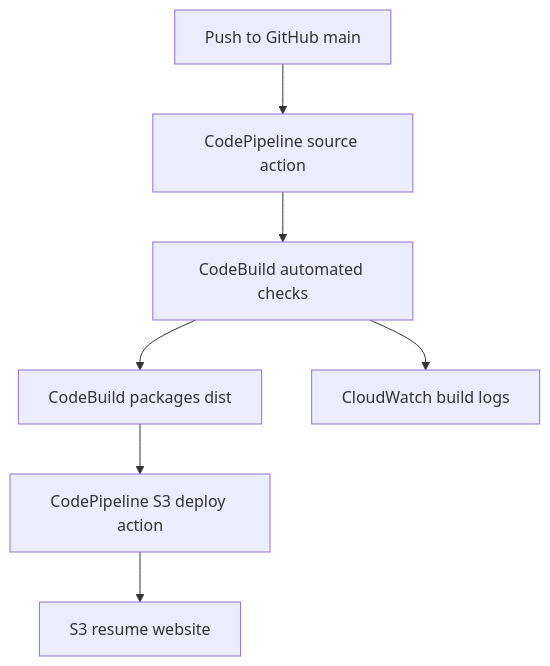
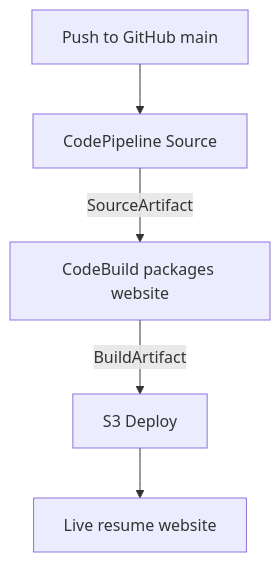
The diagram in README.md (cnguyen50/COMP4964-Resume-Pipeline), drawn with Mermaid before and after one commit. The commit also changed other lines of this file, not shown here.

````diff
--- a/README.md
+++ b/README.md
@@ -11,9 +23,7 @@
 ```mermaid
 flowchart TD
-    A[Push to GitHub main] --> B[CodePipeline source action]
-    B --> C[CodeBuild automated checks]
-    C --> D[CodeBuild packages dist]
-    D --> E[CodePipeline S3 deploy action]
-    E --> F[S3 resume website]
-    C --> G[CloudWatch build logs]
+    A[Push to GitHub main] --> B[CodePipeline Source]
+    B -->|SourceArtifact| C[CodeBuild packages website]
+    C -->|BuildArtifact| D[S3 Deploy]
+    D --> E[Live resume website]
 ```
````
